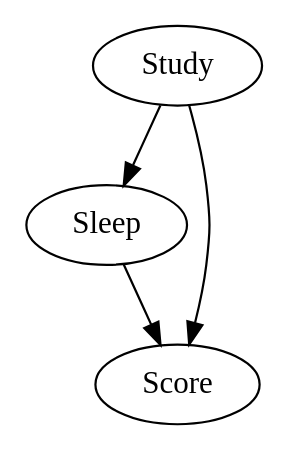
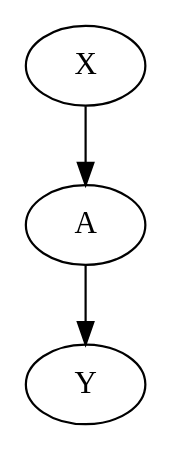
Before and after one commit to omesner/UMSTATS504: diagram 24 of 26 in causalInf/causal.Rmd, drawn with Graphviz. The commit also changed other lines of this file and 6 other files, not shown here.

````diff
--- a/causalInf/causal.Rmd
+++ b/causalInf/causal.Rmd
@@ -788,7 +1471,6 @@
-```{dot markov, out.width = "20%", echo=FALSE}
+```{dot causalReg1, out.width = "10%", echo=FALSE}
 digraph G{
-  Study -> Sleep
-  Study -> Score
-  Sleep -> Score
+  A -> Y
+  X -> A
 }
 ```
````
